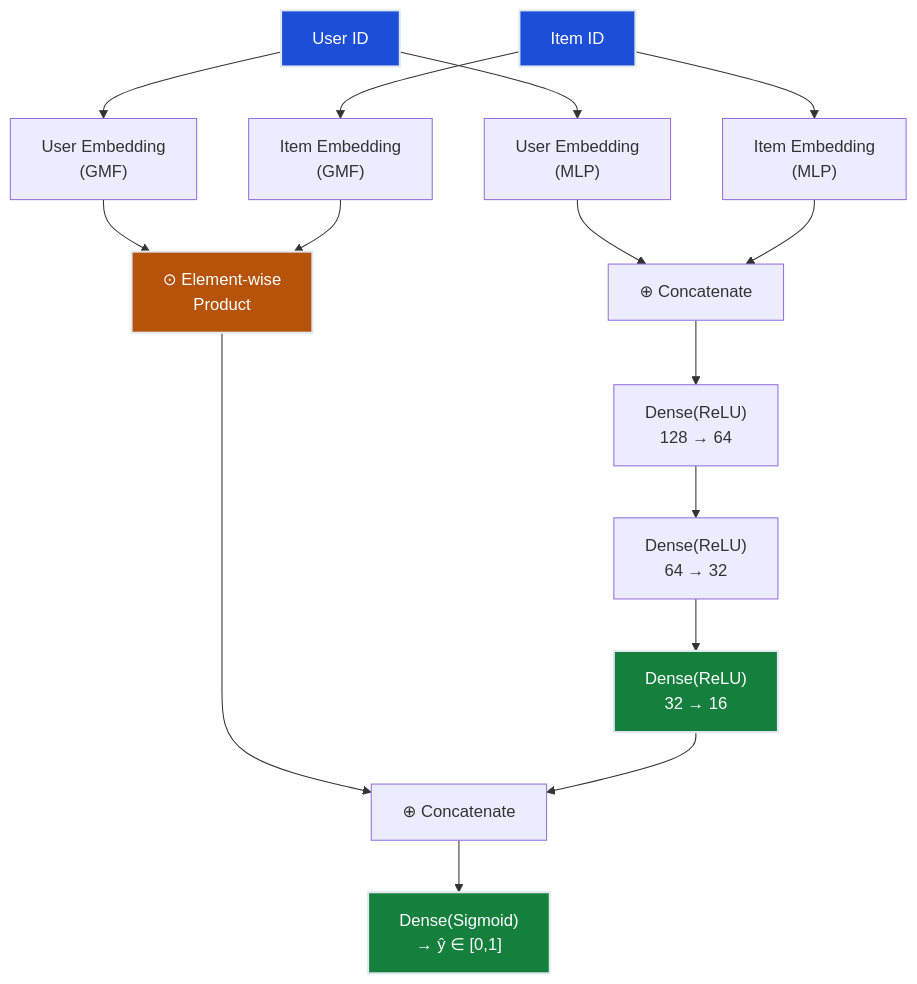
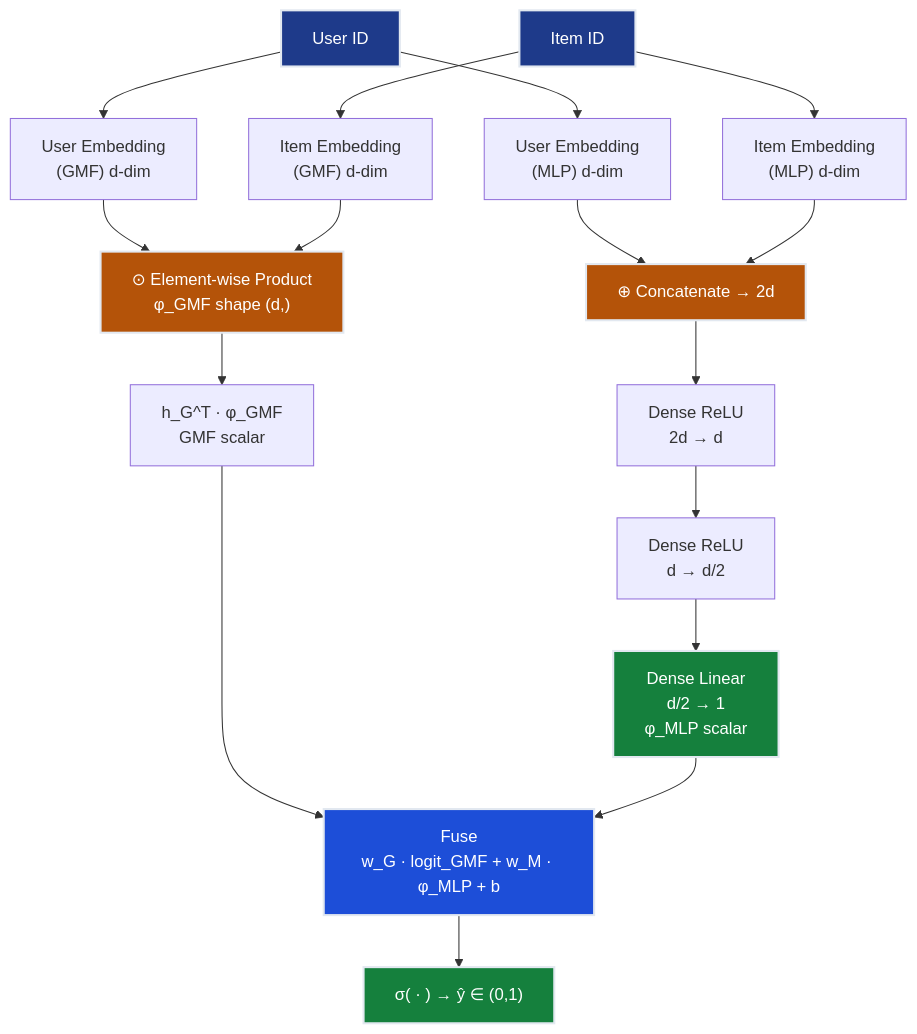
The second of 4 diagrams in notes/01-ml/04_recommender_systems/ch04_neural_cf/README.md (deepakshamsft/ai-portfolio), drawn with Mermaid before and after one commit. The commit also changed other lines of this file and 727 other files, not shown here.

````diff
--- a/notes/01-ml/04_recommender_systems/ch04_neural_cf/README.md
+++ b/notes/01-ml/04_recommender_systems/ch04_neural_cf/README.md
@@ -286,26 +467,29 @@
 ```mermaid
 flowchart TB
-    USER["User ID"] --> UG["User Embedding<br/>(GMF)"]
-    USER --> UM["User Embedding<br/>(MLP)"]
-    ITEM["Item ID"] --> IG["Item Embedding<br/>(GMF)"]
-    ITEM --> IM["Item Embedding<br/>(MLP)"]
-    
-    UG --> GMF["⊙ Element-wise<br/>Product"]
+    USER["User ID"] --> UG["User Embedding\n(GMF)  d-dim"]
+    USER --> UM["User Embedding\n(MLP)  d-dim"]
+    ITEM["Item ID"] --> IG["Item Embedding\n(GMF)  d-dim"]
+    ITEM --> IM["Item Embedding\n(MLP)  d-dim"]
+
+    UG --> GMF["⊙  Element-wise Product\nφ_GMF  shape (d,)"]
     IG --> GMF
-    
-    UM --> CONCAT["⊕ Concatenate"]
+    GMF --> HGMF["h_G^T · φ_GMF\nGMF scalar"]
+
+    UM --> CONCAT["⊕  Concatenate  →  2d"]
     IM --> CONCAT
-    CONCAT --> D1["Dense(ReLU)<br/>128 → 64"]
-    D1 --> D2["Dense(ReLU)<br/>64 → 32"]
-    D2 --> D3["Dense(ReLU)<br/>32 → 16"]
-    
-    GMF --> FUSE["⊕ Concatenate"]
+    CONCAT --> D1["Dense  ReLU\n2d → d"]
+    D1 --> D2["Dense  ReLU\nd → d/2"]
+    D2 --> D3["Dense  Linear\nd/2 → 1\nφ_MLP scalar"]
+
+    HGMF --> FUSE["Fuse\nw_G · logit_GMF + w_M · φ_MLP + b"]
     D3 --> FUSE
-    FUSE --> OUT["Dense(Sigmoid)<br/>→ ŷ ∈ [0,1]"]
-    
-    style USER fill:#1d4ed8,stroke:#e2e8f0,stroke-width:2px,color:#ffffff
-    style ITEM fill:#1d4ed8,stroke:#e2e8f0,stroke-width:2px,color:#ffffff
+    FUSE --> OUT["σ( · )  →  ŷ ∈ (0,1)"]
+
+    style USER fill:#1e3a8a,stroke:#e2e8f0,stroke-width:2px,color:#ffffff
+    style ITEM fill:#1e3a8a,stroke:#e2e8f0,stroke-width:2px,color:#ffffff
     style GMF fill:#b45309,stroke:#e2e8f0,stroke-width:2px,color:#ffffff
+    style CONCAT fill:#b45309,stroke:#e2e8f0,stroke-width:2px,color:#ffffff
+    style FUSE fill:#1d4ed8,stroke:#e2e8f0,stroke-width:2px,color:#ffffff
+    style OUT fill:#15803d,stroke:#e2e8f0,stroke-width:2px,color:#ffffff
     style D3 fill:#15803d,stroke:#e2e8f0,stroke-width:2px,color:#ffffff
-    style OUT fill:#15803d,stroke:#e2e8f0,stroke-width:2px,color:#ffffff
 ```
````
